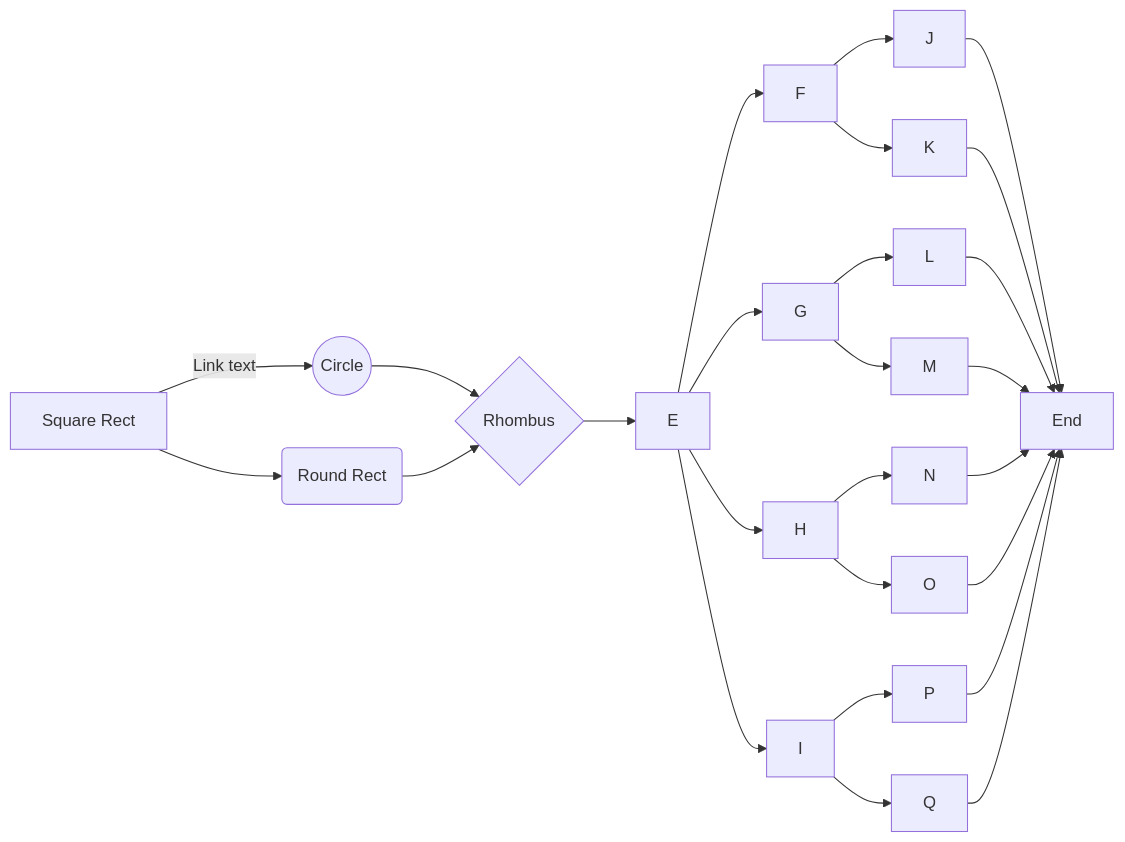
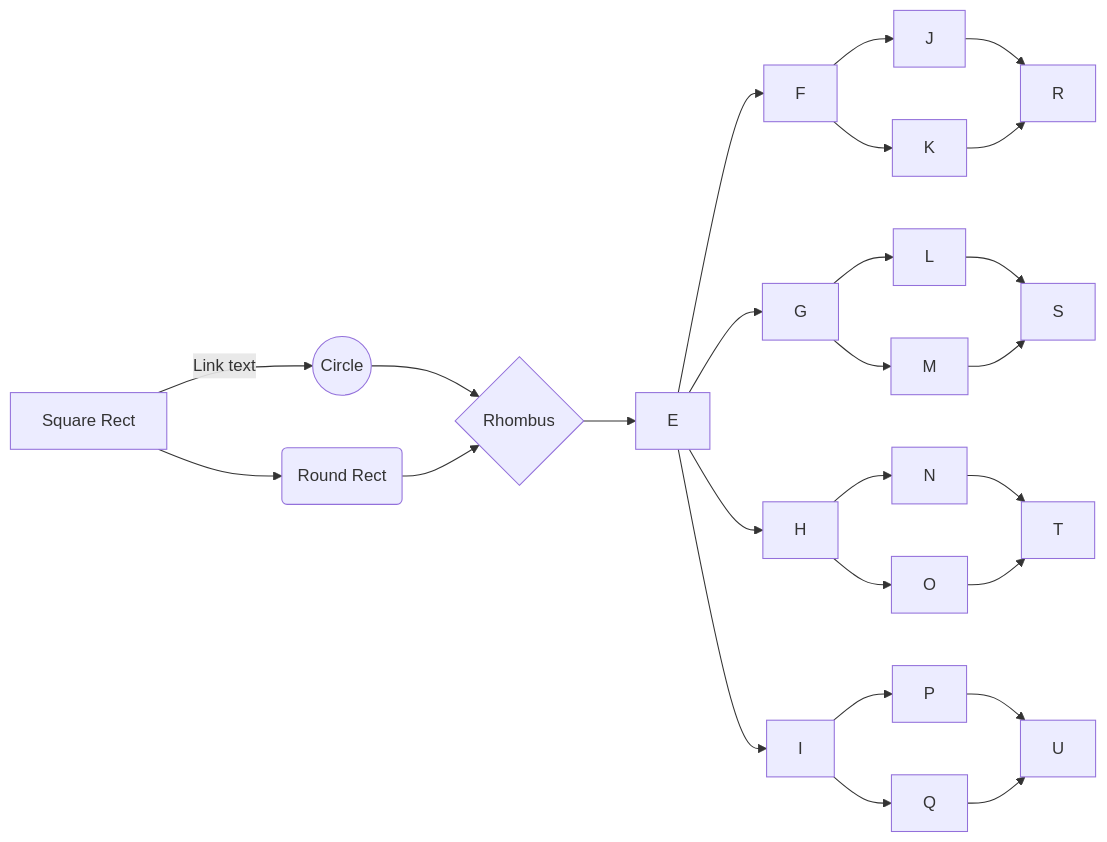
Before and after one commit to wesleyscholl/mermaid-test: the diagram in README.md, drawn with Mermaid.

````diff
--- a/README.md
+++ b/README.md
@@ -3,28 +3,28 @@
 ```mermaid
 graph LR
     A[Square Rect] -- Link text --> B((Circle))
     A --> C(Round Rect)
     B --> D{Rhombus}
     C --> D
     D --> E
     E --> F
     E --> G
     E --> H
     E --> I
     F --> J
     F --> K
     G --> L
     G --> M
     H --> N
     H --> O
     I --> P
     I --> Q
-    J --> End
-    K --> End
-    L --> End
-    M --> End
-    N --> End
-    O --> End
-    P --> End
-    Q --> End
+    J --> R
+    K --> R
+    L --> S
+    M --> S
+    N --> T
+    O --> T
+    P --> U
+    Q --> U
 ```
````
